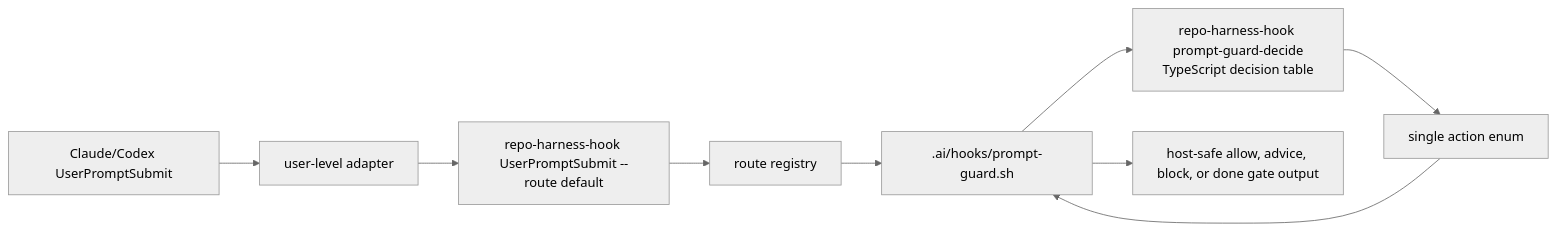
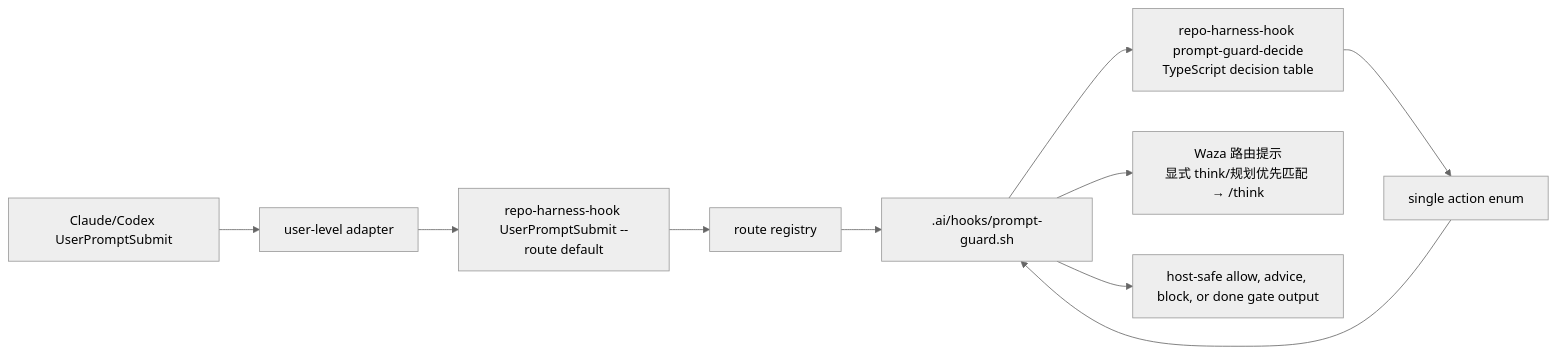
Before and after one commit to automann/local-repo-harness: the third of 3 diagrams in README.zh-CN.md, drawn with Mermaid (neutral theme). The commit also changed other lines of this file and 3 other files, not shown here.

Commit message:
docs(readme): sync localized hook diagrams

````diff
--- a/README.zh-CN.md
+++ b/README.zh-CN.md
@@ -227,11 +236,12 @@
 ```mermaid
 flowchart LR
   Host["Claude/Codex UserPromptSubmit"] --> Adapter["user-level adapter"]
   Adapter --> CLI["repo-harness-hook UserPromptSubmit --route default"]
   CLI --> Route["route registry"]
   Route --> Shell[".ai/hooks/prompt-guard.sh"]
   Shell --> Decision["repo-harness-hook prompt-guard-decide<br/>TypeScript decision table"]
   Decision --> Action["single action enum"]
   Action --> Shell
+  Shell --> RouteHint["Waza 路由提示<br/>显式 think/规划优先匹配 → /think"]
   Shell --> HostOutput["host-safe allow, advice, block, or done gate output"]
 ```
````
